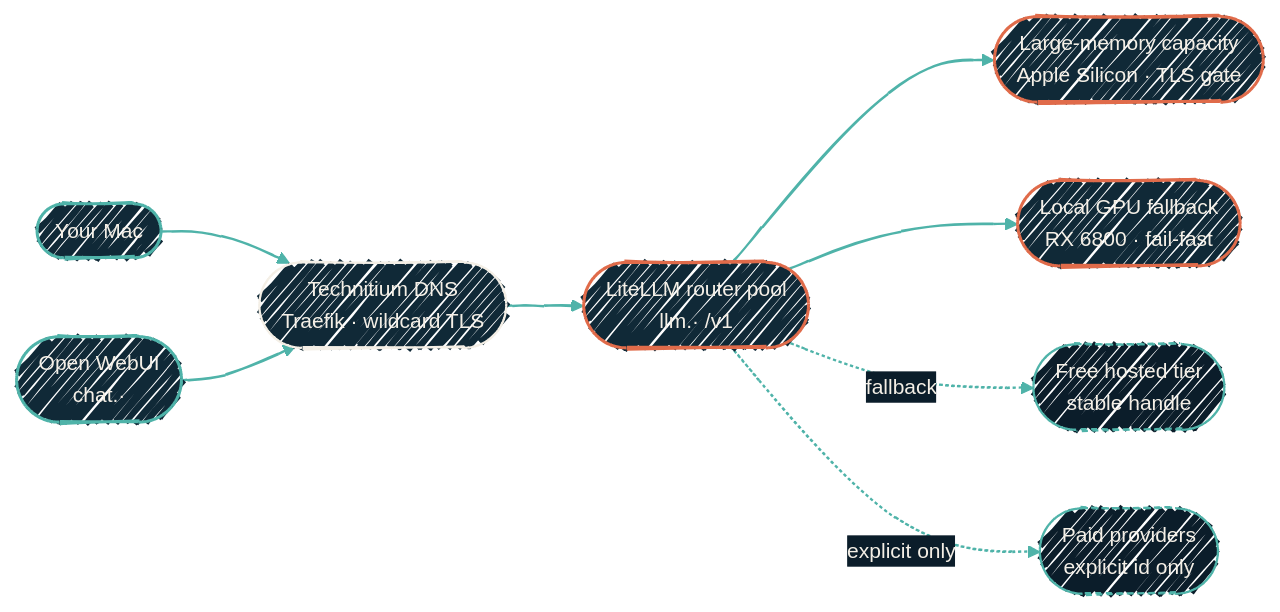
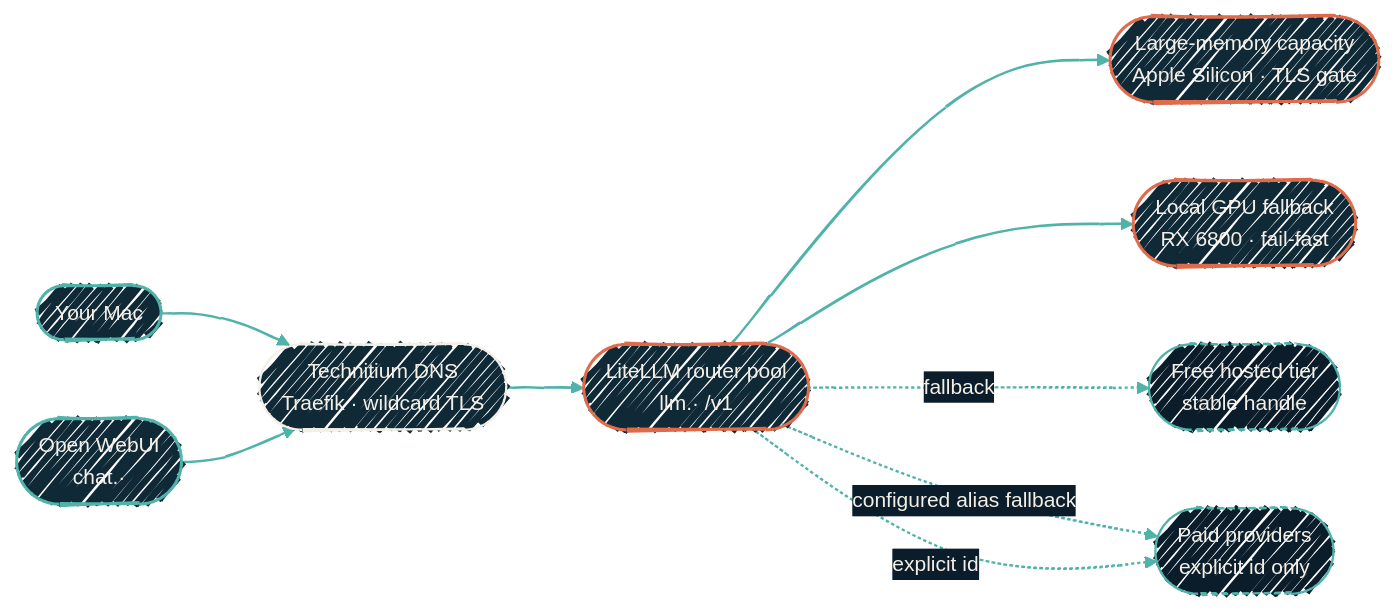
Before and after one commit to dryvist/docs: the diagram in local-llm/homelab-gpu.mdx, drawn with Mermaid. The commit also changed other lines of this file and 3 other files, not shown here.

````diff
--- a/local-llm/homelab-gpu.mdx
+++ b/local-llm/homelab-gpu.mdx
@@ -59,33 +60,34 @@
 ```mermaid
 %%{init:
   {'theme':'base','look':'handDrawn','themeVariables':{'fontFamily':'Geist','fontSize':'14px','primaryColor':'#102937','primaryTextColor':'#F4EFE6','primaryBorderColor':'#4FB3A9','lineColor':'#4FB3A9','secondaryColor':'#0B1D2A','tertiaryColor':'#1A2A38','clusterBkg':'rgba(79,179,169,0.08)','clusterBorder':'#4FB3A9'}}}%%
   flowchart LR
   Mac([Your Mac])
   Chat([Open WebUI<br/>chat.·])
   Edge([Technitium DNS<br/>Traefik · wildcard TLS])
   Pool([LiteLLM router pool<br/>llm.· /v1])
   Large([Large-memory capacity<br/>Apple Silicon · TLS gate])
   Fast([Local GPU fallback<br/>RX 6800 · fail-fast])
   Free([Free hosted tier<br/>stable handle])
   Paid([Paid providers<br/>explicit id only])
 
   Mac --> Edge
   Chat --> Edge
   Edge --> Pool
   Pool --> Large
   Pool --> Fast
   Pool -.fallback.-> Free
-  Pool -.explicit only.-> Paid
+  Pool -.configured alias fallback.-> Paid
+  Pool -.explicit id.-> Paid
 
   classDef host fill:#102937,stroke:#4FB3A9,stroke-width:2px,color:#F4EFE6;
   classDef edge fill:#102937,stroke:#F4EFE6,stroke-width:1.5px,color:#F4EFE6;
   classDef ai   fill:#102937,stroke:#E06B4A,stroke-width:2px,color:#F4EFE6;
   classDef cloud fill:#0B1D2A,stroke:#4FB3A9,stroke-width:1.5px,color:#F4EFE6,stroke-dasharray: 4 3;
 
   class Mac,Chat host
   class Edge edge
   class Pool,Large,Fast ai
   class Free,Paid cloud
 
   linkStyle default stroke:#4FB3A9,stroke-width:1.5px;
 ```
````
